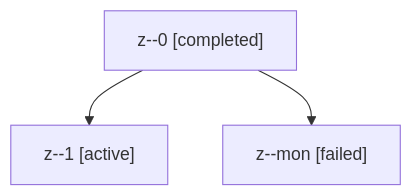
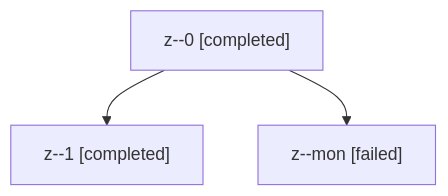
Before and after one commit to sase-org/sase--agents: the diagram in sessions/bbugyi200.kellys_mbp.z.md, drawn with Mermaid. The commit also changed other lines of this file and 5 other files, not shown here.

````diff
--- a/sessions/bbugyi200.kellys_mbp.z.md
+++ b/sessions/bbugyi200.kellys_mbp.z.md
@@ -9,8 +9,8 @@
 ```mermaid
 flowchart TD
   n0["z--0 [completed]"]
-  n1["z--1 [active]"]
+  n1["z--1 [completed]"]
   n0 --> n1
   n2["z--mon [failed]"]
   n0 --> n2
 ```
````
